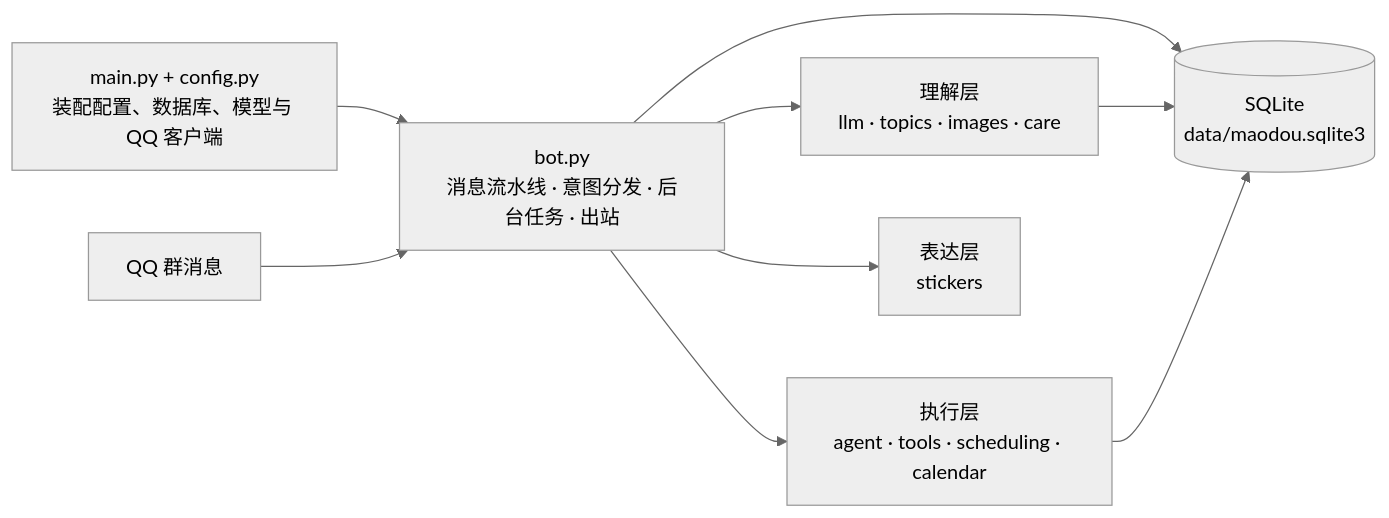
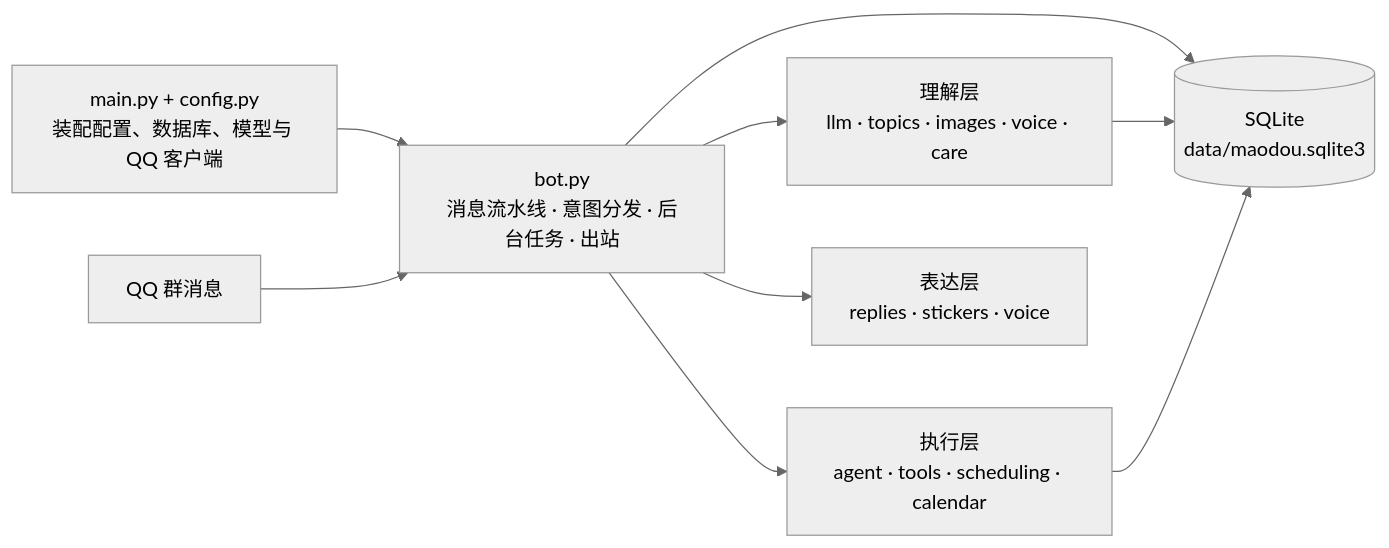
The first of 2 diagrams in README.md (CLan-nad/qq-bot), drawn with Mermaid (neutral theme) before and after one commit. The commit also changed other lines of this file and 13 other files, not shown here.

````diff
--- a/README.md
+++ b/README.md
@@ -54,19 +59,19 @@
 ```mermaid
 flowchart LR
     MAIN["main.py + config.py<br/>装配配置、数据库、模型与 QQ 客户端"]
     QQ["QQ 群消息"]
     BOT["bot.py<br/>消息流水线 · 意图分发 · 后台任务 · 出站"]
-    UNDERSTAND["理解层<br/>llm · topics · images · care"]
+    UNDERSTAND["理解层<br/>llm · topics · images · voice · care"]
     EXECUTE["执行层<br/>agent · tools · scheduling · calendar"]
-    EXPRESS["表达层<br/>stickers"]
+    EXPRESS["表达层<br/>replies · stickers · voice"]
     DB[("SQLite<br/>data/maodou.sqlite3")]
 
     MAIN --> BOT
     QQ --> BOT
     BOT --> UNDERSTAND
     BOT --> EXECUTE
     BOT --> EXPRESS
     BOT --> DB
     UNDERSTAND --> DB
     EXECUTE --> DB
 ```
````
